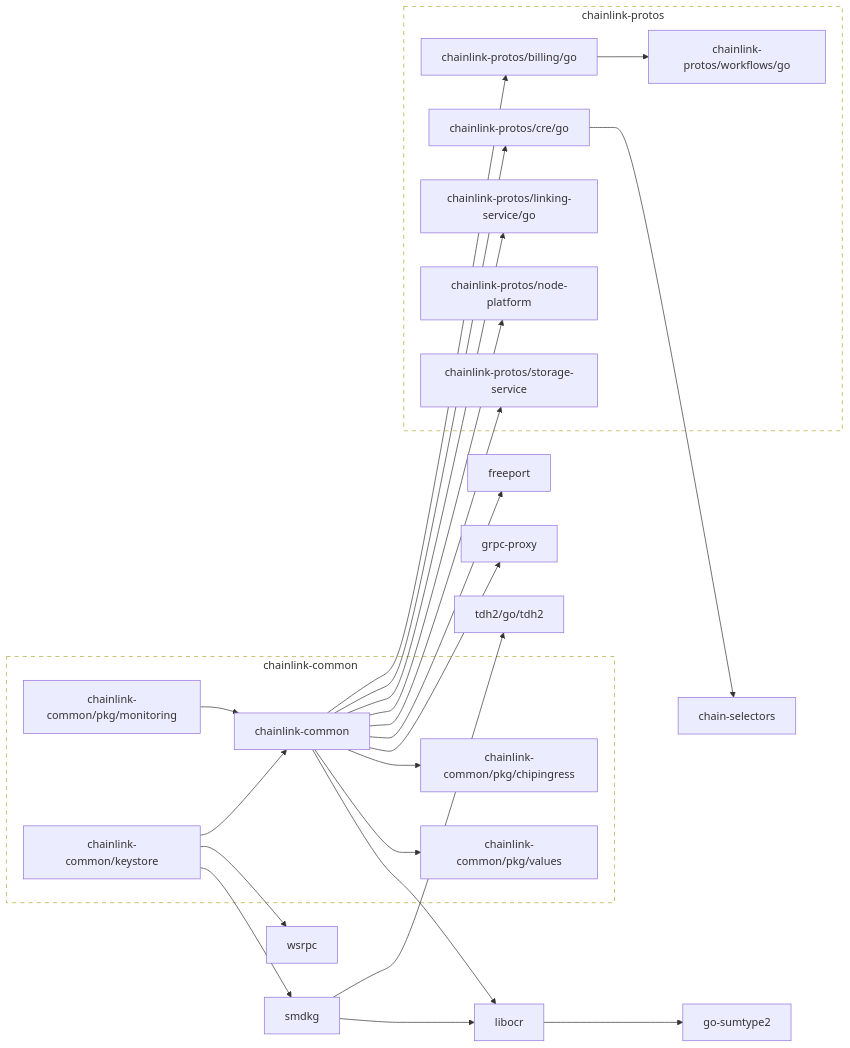
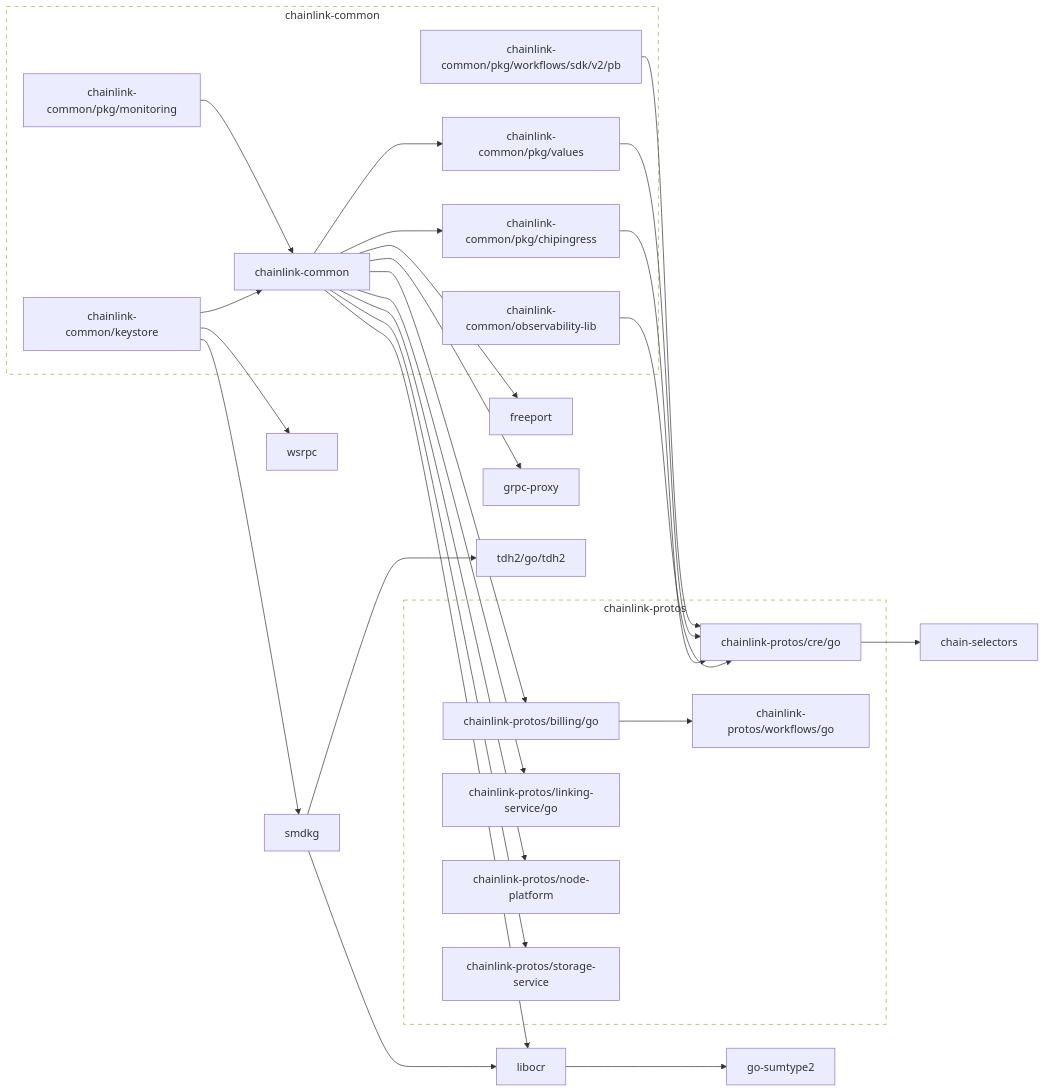
Before and after one commit to smartcontractkit/chainlink-common: the diagram in go.md, drawn with Mermaid. The commit also changed 17 other files, not shown here.

````diff
--- a/go.md
+++ b/go.md
@@ -2,76 +2,81 @@
 ```mermaid
 flowchart LR
 
 	chain-selectors
 	click chain-selectors href "https://github.com/smartcontractkit/chain-selectors"
 	chainlink-common --> chainlink-common/pkg/chipingress
 	chainlink-common --> chainlink-common/pkg/values
 	chainlink-common --> chainlink-protos/billing/go
-	chainlink-common --> chainlink-protos/cre/go
 	chainlink-common --> chainlink-protos/linking-service/go
 	chainlink-common --> chainlink-protos/node-platform
 	chainlink-common --> chainlink-protos/storage-service
 	chainlink-common --> freeport
 	chainlink-common --> grpc-proxy
 	chainlink-common --> libocr
 	click chainlink-common href "https://github.com/smartcontractkit/chainlink-common"
 	chainlink-common/keystore --> chainlink-common
 	chainlink-common/keystore --> smdkg
 	chainlink-common/keystore --> wsrpc
 	click chainlink-common/keystore href "https://github.com/smartcontractkit/chainlink-common"
-	chainlink-common/pkg/chipingress
+	chainlink-common/observability-lib --> chainlink-protos/cre/go
+	click chainlink-common/observability-lib href "https://github.com/smartcontractkit/chainlink-common"
+	chainlink-common/pkg/chipingress --> chainlink-protos/cre/go
 	click chainlink-common/pkg/chipingress href "https://github.com/smartcontractkit/chainlink-common"
 	chainlink-common/pkg/monitoring --> chainlink-common
 	click chainlink-common/pkg/monitoring href "https://github.com/smartcontractkit/chainlink-common"
-	chainlink-common/pkg/values
+	chainlink-common/pkg/values --> chainlink-protos/cre/go
 	click chainlink-common/pkg/values href "https://github.com/smartcontractkit/chainlink-common"
+	chainlink-common/pkg/workflows/sdk/v2/pb --> chainlink-protos/cre/go
+	click chainlink-common/pkg/workflows/sdk/v2/pb href "https://github.com/smartcontractkit/chainlink-common"
 	chainlink-protos/billing/go --> chainlink-protos/workflows/go
 	click chainlink-protos/billing/go href "https://github.com/smartcontractkit/chainlink-protos"
 	chainlink-protos/cre/go --> chain-selectors
 	click chainlink-protos/cre/go href "https://github.com/smartcontractkit/chainlink-protos"
 	chainlink-protos/linking-service/go
 	click chainlink-protos/linking-service/go href "https://github.com/smartcontractkit/chainlink-protos"
 	chainlink-protos/node-platform
 	click chainlink-protos/node-platform href "https://github.com/smartcontractkit/chainlink-protos"
 	chainlink-protos/storage-service
 	click chainlink-protos/storage-service href "https://github.com/smartcontractkit/chainlink-protos"
 	chainlink-protos/workflows/go
 	click chainlink-protos/workflows/go href "https://github.com/smartcontractkit/chainlink-protos"
 	freeport
 	click freeport href "https://github.com/smartcontractkit/freeport"
 	go-sumtype2
 	click go-sumtype2 href "https://github.com/smartcontractkit/go-sumtype2"
 	grpc-proxy
 	click grpc-proxy href "https://github.com/smartcontractkit/grpc-proxy"
 	libocr --> go-sumtype2
 	click libocr href "https://github.com/smartcontractkit/libocr"
 	smdkg --> libocr
 	smdkg --> tdh2/go/tdh2
 	click smdkg href "https://github.com/smartcontractkit/smdkg"
 	tdh2/go/tdh2
 	click tdh2/go/tdh2 href "https://github.com/smartcontractkit/tdh2"
 	wsrpc
 	click wsrpc href "https://github.com/smartcontractkit/wsrpc"
 
 	subgraph chainlink-common-repo[chainlink-common]
 		 chainlink-common
 		 chainlink-common/keystore
+		 chainlink-common/observability-lib
 		 chainlink-common/pkg/chipingress
 		 chainlink-common/pkg/monitoring
 		 chainlink-common/pkg/values
+		 chainlink-common/pkg/workflows/sdk/v2/pb
 	end
 	click chainlink-common-repo href "https://github.com/smartcontractkit/chainlink-common"
 
 	subgraph chainlink-protos-repo[chainlink-protos]
 		 chainlink-protos/billing/go
 		 chainlink-protos/cre/go
 		 chainlink-protos/linking-service/go
 		 chainlink-protos/node-platform
 		 chainlink-protos/storage-service
 		 chainlink-protos/workflows/go
 	end
 	click chainlink-protos-repo href "https://github.com/smartcontractkit/chainlink-protos"
 
 	classDef outline stroke-dasharray:6,fill:none;
 	class chainlink-common-repo,chainlink-protos-repo outline
 ```
````
